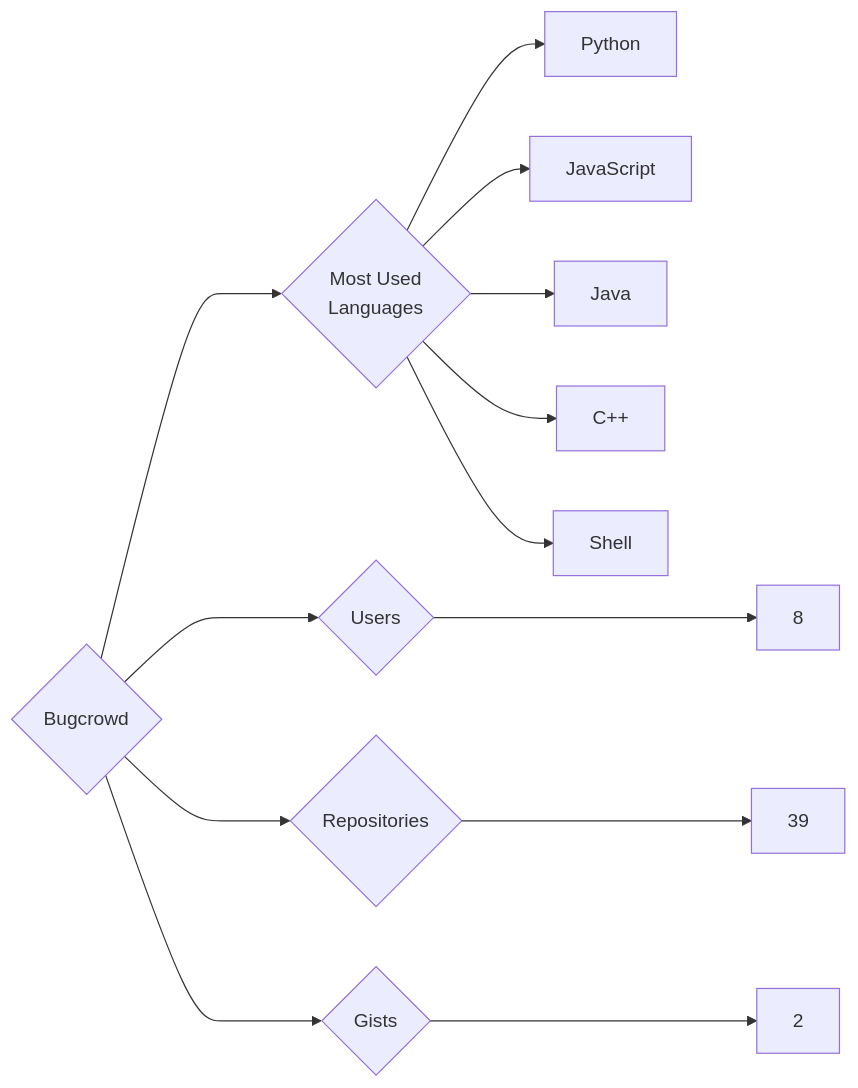
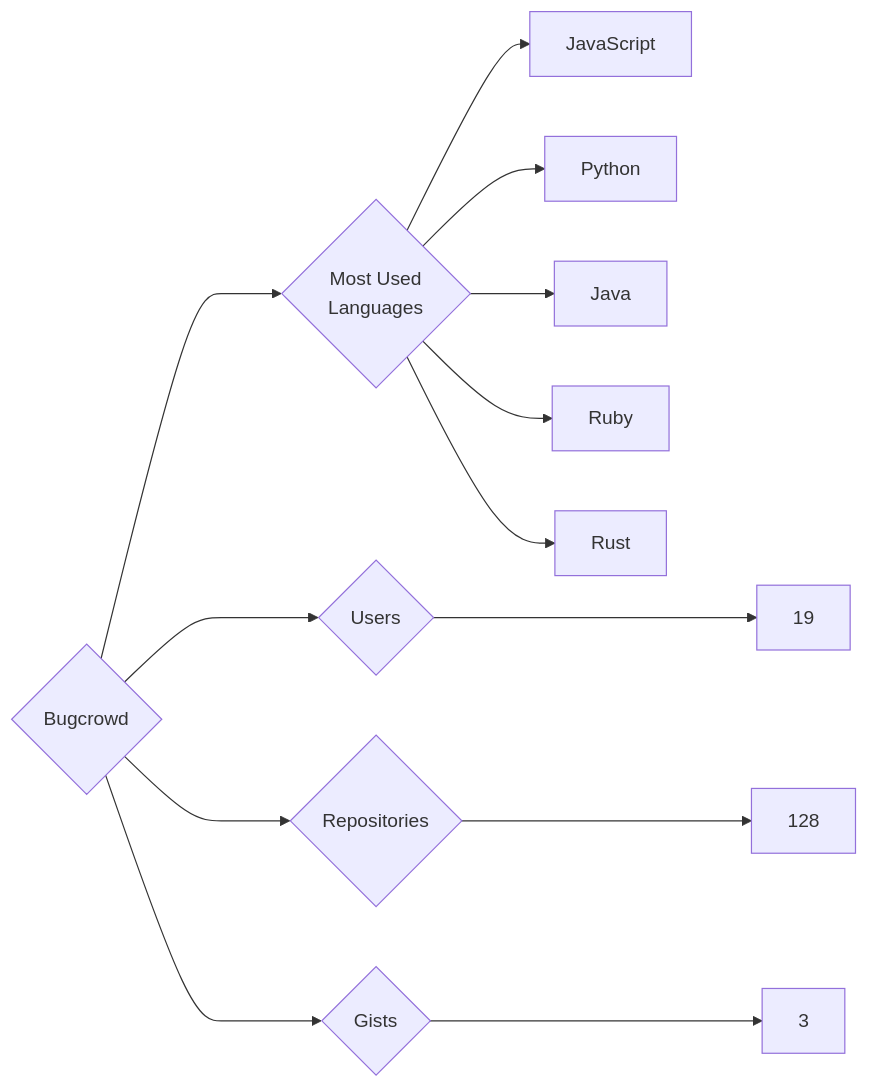
Before and after one commit to trickest/insiders: the diagram in targets/Bugcrowd/README.md, drawn with Mermaid. The commit also changed 1166 other files, not shown here.

````diff
--- a/targets/Bugcrowd/README.md
+++ b/targets/Bugcrowd/README.md
@@ -3,13 +3,13 @@
 ```mermaid
 graph LR
 COMPANY_NAME{Bugcrowd}
-COMPANY_NAME ---> U{Users} ---> UN[8]
-COMPANY_NAME ---> R{Repositories} ---> RN[39]
-COMPANY_NAME ---> G{Gists} ---> GN[2]
+COMPANY_NAME ---> U{Users} ---> UN[19]
+COMPANY_NAME ---> R{Repositories} ---> RN[128]
+COMPANY_NAME ---> G{Gists} ---> GN[3]
 COMPANY_NAME ---> ML{Most Used<br>Languages}
+ML --> JavaScript[JavaScript]
 ML --> Python[Python]
-ML --> JavaScript[JavaScript]
 ML --> Java[Java]
-ML --> C++[C++]
-ML --> Shell[Shell]
+ML --> Ruby[Ruby]
+ML --> Rust[Rust]
 ```
````
